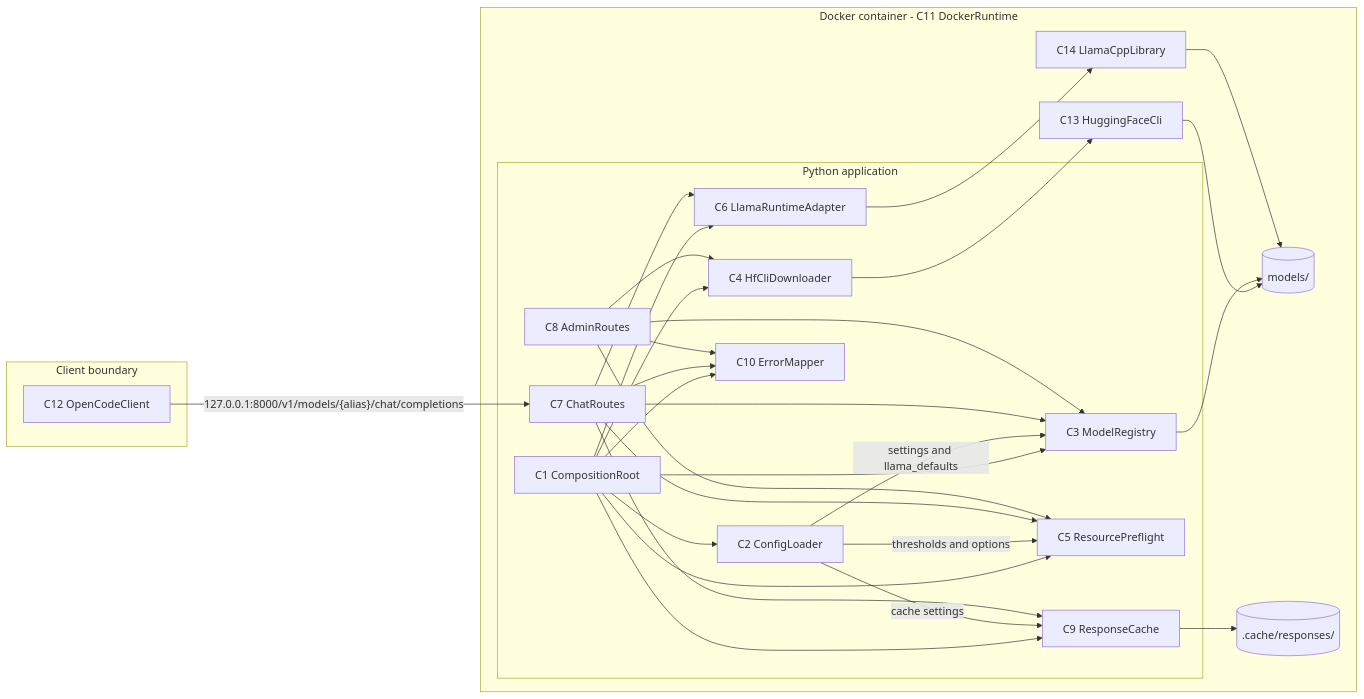
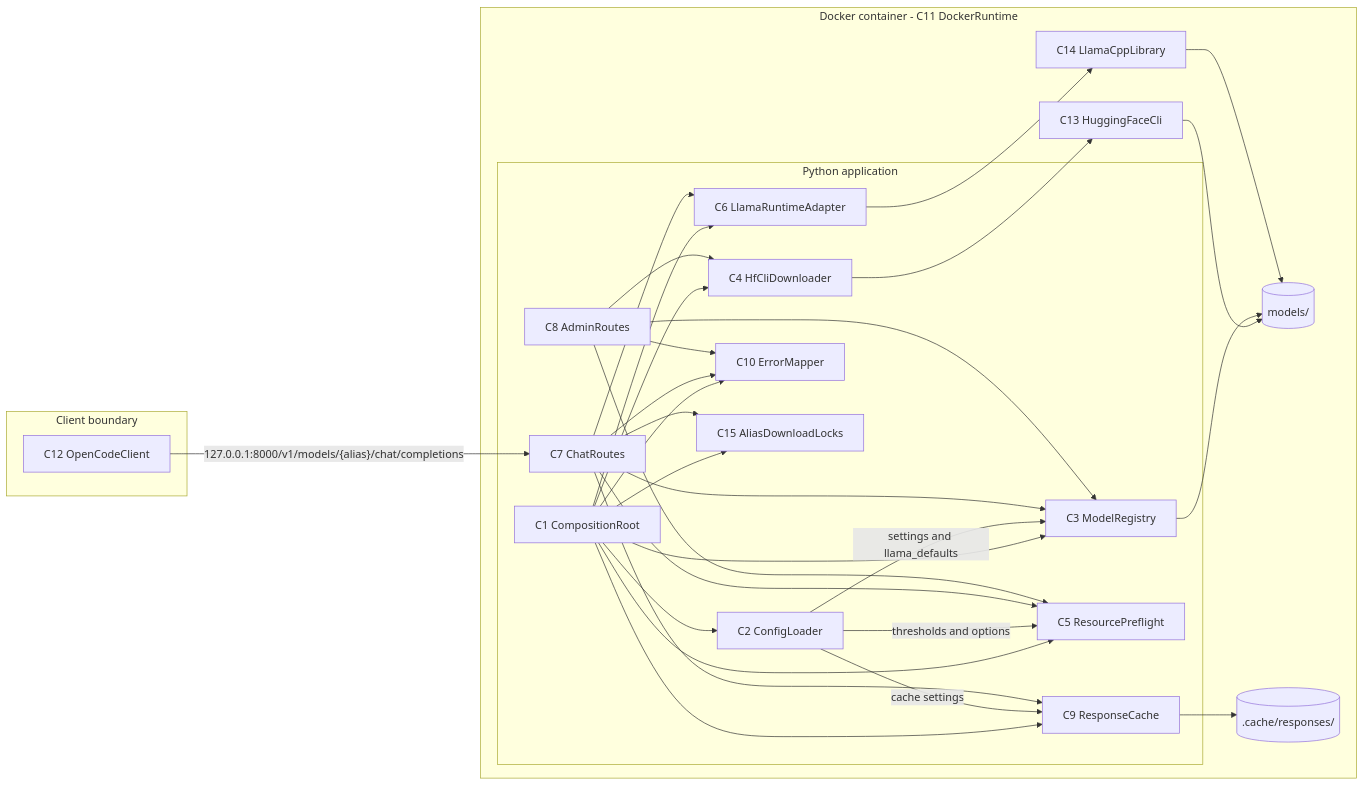
One commit to kkhatr2/local-llm changed the first of 6 diagrams in docs/architecture.md. Above: the diagram before and after it, drawn with Mermaid. The commit also changed other lines of this file and 14 other files, not shown here.

````diff
--- a/docs/architecture.md
+++ b/docs/architecture.md
@@ -33,57 +34,60 @@
 ```mermaid
 flowchart LR
     subgraph Client["Client boundary"]
         OC["C12 OpenCodeClient"]
     end
 
     subgraph Container["Docker container - C11 DockerRuntime"]
         subgraph App["Python application"]
             ROOT["C1 CompositionRoot"]
             CFG["C2 ConfigLoader"]
             REG["C3 ModelRegistry"]
             DL["C4 HfCliDownloader"]
             PRE["C5 ResourcePreflight"]
             RT["C6 LlamaRuntimeAdapter"]
             CHAT["C7 ChatRoutes"]
             ADMIN["C8 AdminRoutes"]
             CACHE["C9 ResponseCache"]
             ERR["C10 ErrorMapper"]
+            LOCKS["C15 AliasDownloadLocks"]
         end
 
         HFCLI["C13 HuggingFaceCli"]
         LLAMA["C14 LlamaCppLibrary"]
         MODELS[("models/")]
         CACHEVOL[(".cache/responses/")]
     end
 
     OC -->|"127.0.0.1:8000/v1/models/{alias}/chat/completions"| CHAT
     ROOT --> CFG
     ROOT --> REG
     ROOT --> DL
     ROOT --> PRE
     ROOT --> RT
     ROOT --> CACHE
     ROOT --> ERR
+    ROOT --> LOCKS
 
     CFG -->|"settings and llama_defaults"| REG
     CFG -->|"thresholds and options"| PRE
     CFG -->|"cache settings"| CACHE
 
     CHAT --> CACHE
     CHAT --> PRE
     CHAT --> REG
     CHAT --> RT
     CHAT --> ERR
+    CHAT --> LOCKS
 
     ADMIN --> REG
     ADMIN --> DL
     ADMIN --> PRE
     ADMIN --> ERR
 
     DL --> HFCLI
     HFCLI --> MODELS
     REG --> MODELS
     RT --> LLAMA
     LLAMA --> MODELS
     CACHE --> CACHEVOL
 ```
````
